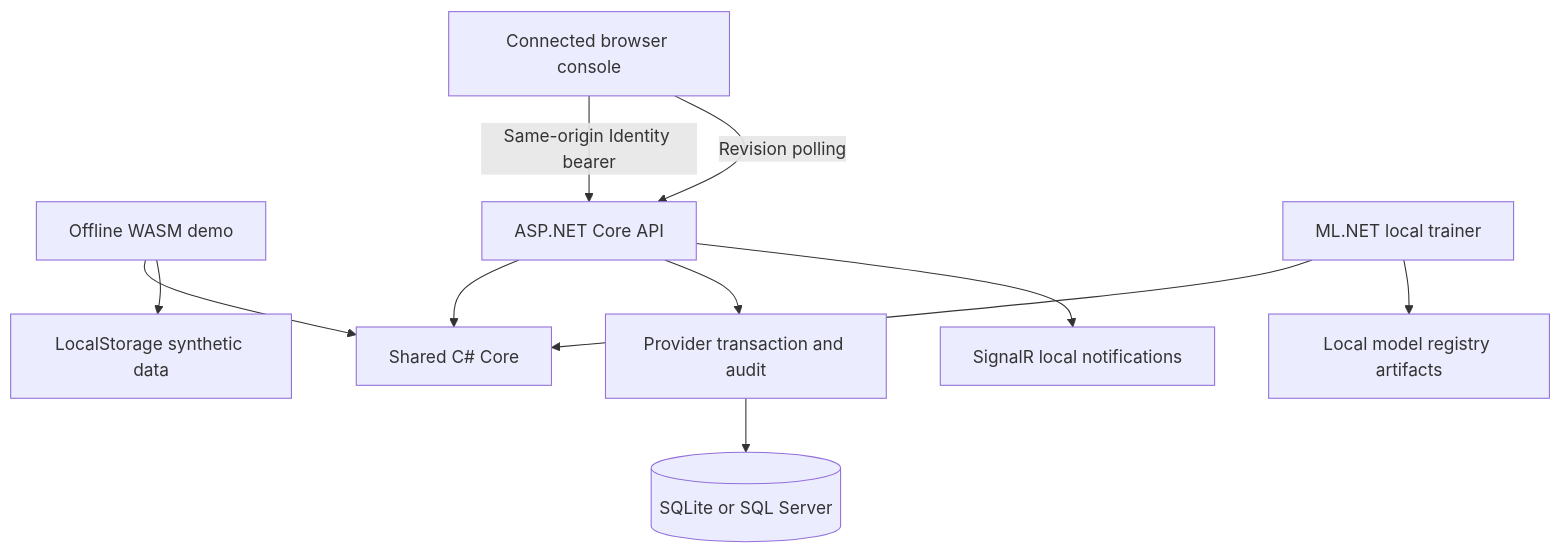
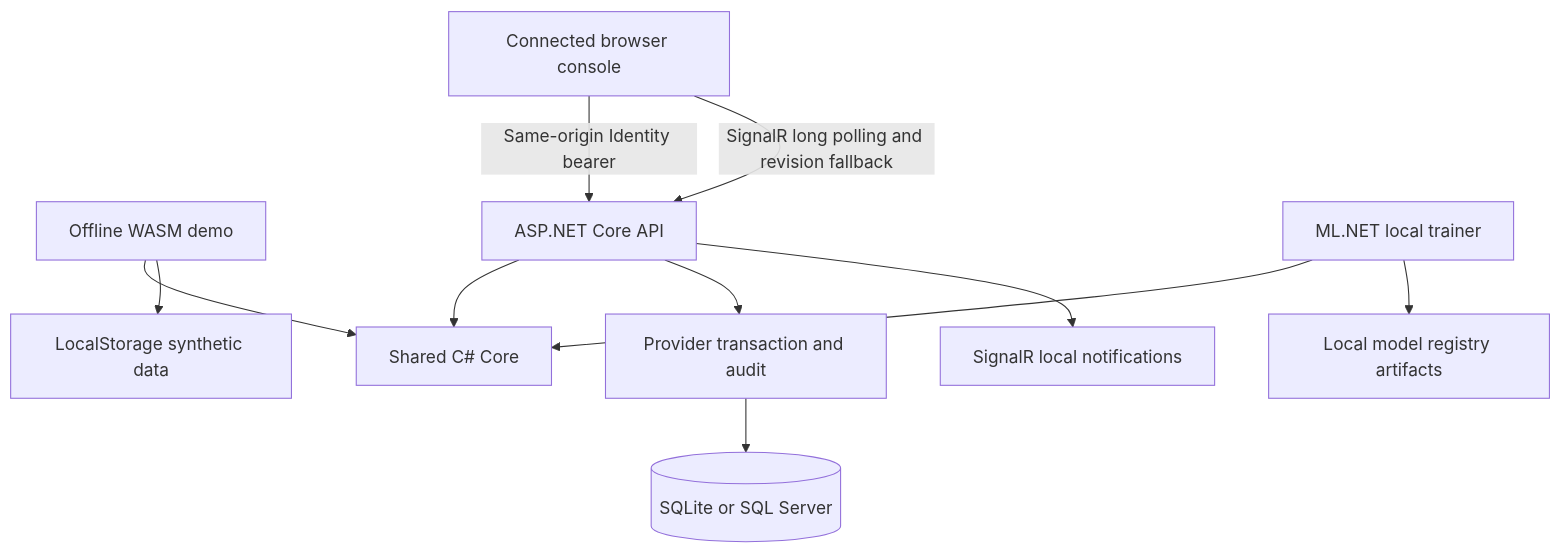
One commit to ViolettaNcl/FleetManagement changed the diagram in docs/architecture.md. Above: the diagram before and after it, drawn with Mermaid. The commit also changed other lines of this file and 7 other files, not shown here.

````diff
--- a/docs/architecture.md
+++ b/docs/architecture.md
@@ -55,13 +55,13 @@
 ```mermaid
 flowchart TD
   W[Offline WASM demo] --> C[Shared C# Core]
   W --> L[LocalStorage synthetic data]
   U[Connected browser console] -->|Same-origin Identity bearer| A[ASP.NET Core API]
   A --> C
   A --> T[Provider transaction and audit]
   T --> S[(SQLite or SQL Server)]
   A --> H[SignalR local notifications]
-  U -->|Revision polling| A
+  U -->|SignalR long polling and revision fallback| A
   M[ML.NET local trainer] --> C
   M --> R[Local model registry artifacts]
 ```
````
